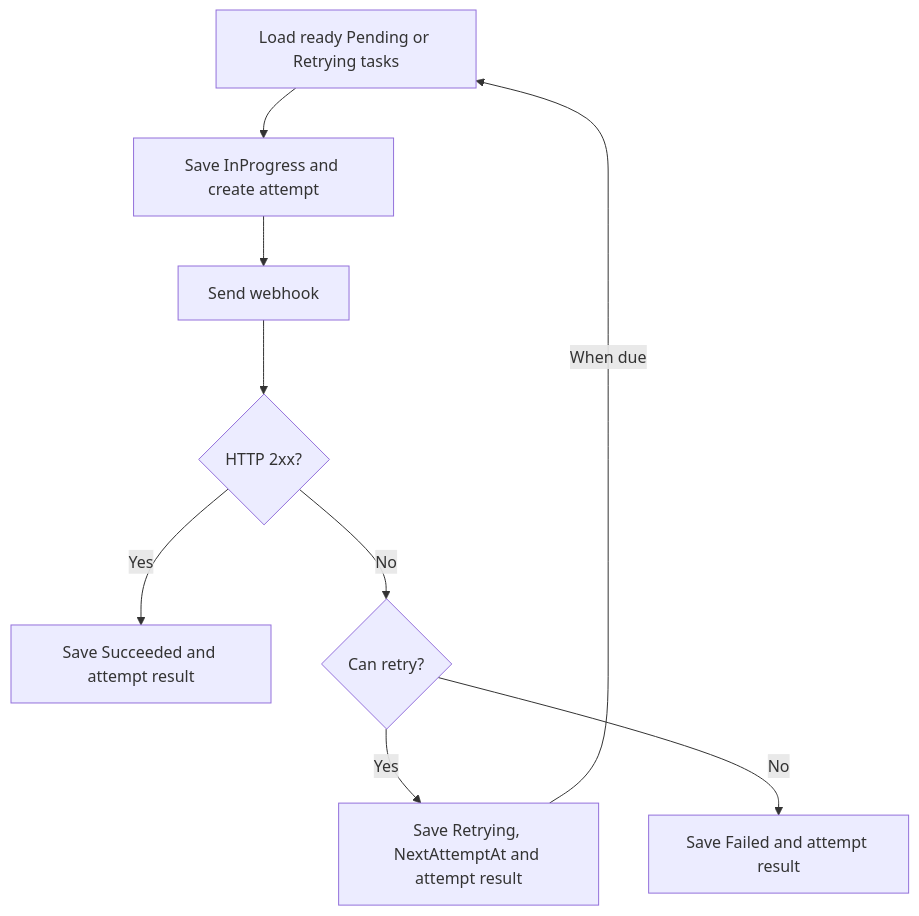
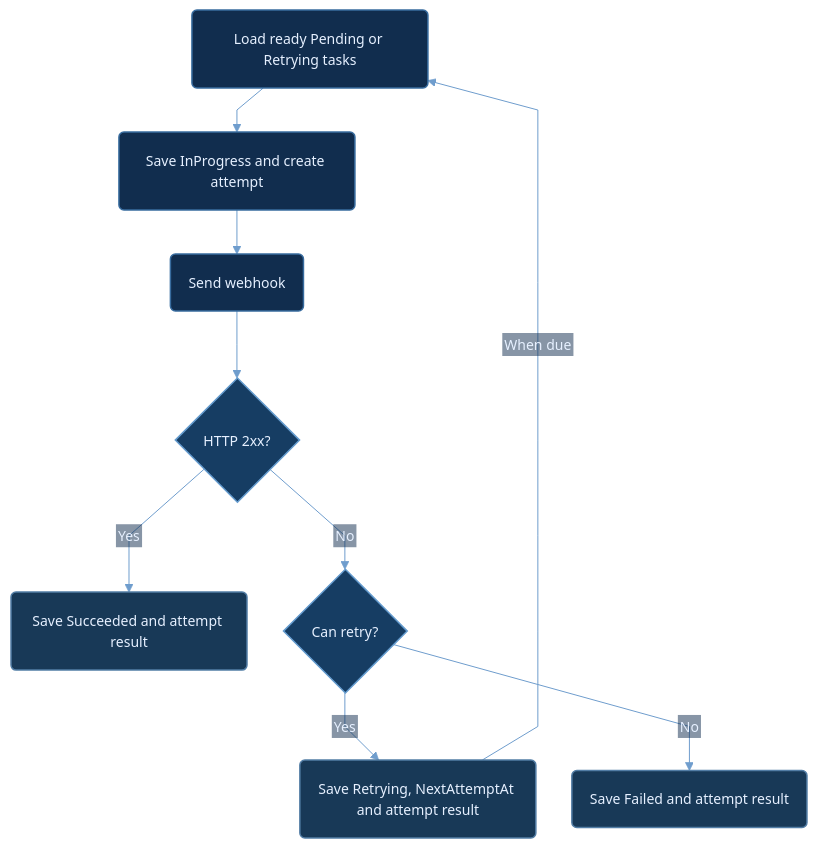
Before and after one commit to Rywent/hookd: the second of 2 diagrams in README.md, drawn with Mermaid. The commit also changed other lines of this file, not shown here.

Commit message:
docs: update diagram styling

````diff
--- a/README.md
+++ b/README.md
@@ -35,12 +64,43 @@
 ```mermaid
+---
+config:
+  theme: base
+  themeVariables:
+    darkMode: true
+    background: "#0b1426"
+    primaryColor: "#112d4e"
+    primaryTextColor: "#e6f0ff"
+    primaryBorderColor: "#386c9f"
+    secondaryColor: "#163d63"
+    secondaryTextColor: "#e6f0ff"
+    tertiaryColor: "#0e223b"
+    tertiaryTextColor: "#e6f0ff"
+    lineColor: "#6f9dcd"
+    textColor: "#e6f0ff"
+    edgeLabelBackground: "#112d4e"
+    fontFamily: "Arial, sans-serif"
+    fontSize: "14px"
+  flowchart:
+    htmlLabels: false
+    curve: linear
+    nodeSpacing: 36
+    rankSpacing: 44
+    padding: 18
+---
 flowchart TD
-    Fetch[Load ready Pending or Retrying tasks] --> Attempt[Save InProgress and create attempt]
-    Attempt --> Send[Send webhook]
+    Fetch(Load ready Pending or Retrying tasks) --> Attempt(Save InProgress and create attempt)
+    Attempt --> Send(Send webhook)
     Send --> Success{HTTP 2xx?}
 
-    Success -->|Yes| Succeeded[Save Succeeded and attempt result]
+    Success -->|Yes| Succeeded(Save Succeeded and attempt result)
     Success -->|No| CanRetry{Can retry?}
-    CanRetry -->|Yes| Retry[Save Retrying, NextAttemptAt and attempt result]
-    CanRetry -->|No| Failed[Save Failed and attempt result]
+    CanRetry -->|Yes| Retry(Save Retrying, NextAttemptAt and attempt result)
+    CanRetry -->|No| Failed(Save Failed and attempt result)
     Retry -->|When due| Fetch
+
+    classDef default fill:#112d4e,stroke:#386c9f,stroke-width:1.5px,color:#e6f0ff;
+    classDef decision fill:#163d63,stroke:#649bce,stroke-width:1.5px,color:#e6f0ff;
+    classDef result fill:#183957,stroke:#527da5,stroke-width:1.5px,color:#e6f0ff;
+    class Success,CanRetry decision;
+    class Succeeded,Retry,Failed result;
 ```
````
